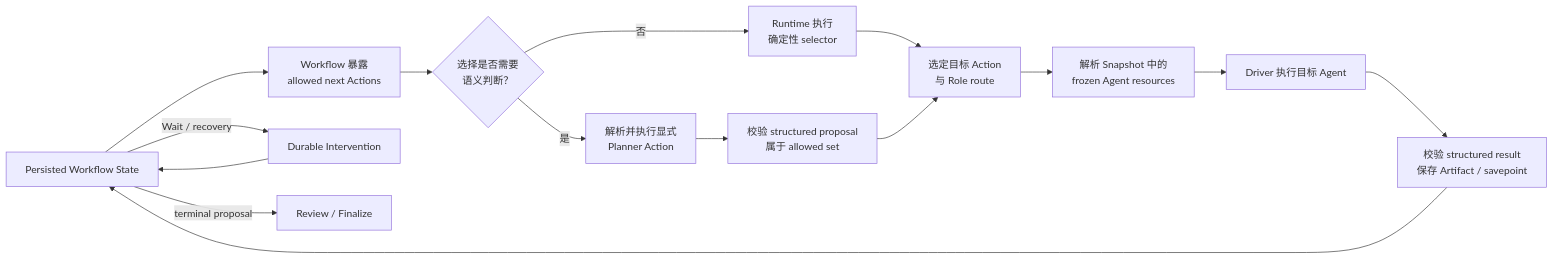
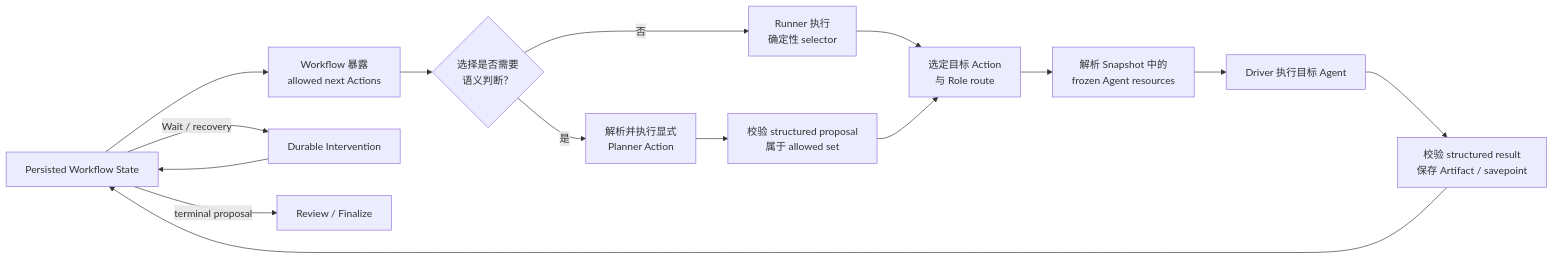
One commit to firestige/workflow-self-recursive changed the second of 2 diagrams in docs/workflow-composition-model.md. Above: the diagram before and after it, drawn with Mermaid. The commit also changed other lines of this file and 28 other files, not shown here.

````diff
--- a/docs/workflow-composition-model.md
+++ b/docs/workflow-composition-model.md
@@ -154,17 +154,17 @@
 ```mermaid
 flowchart LR
     State["Persisted Workflow State"] --> Allowed["Workflow 暴露<br/>allowed next Actions"]
     Allowed --> Kind{"选择是否需要<br/>语义判断？"}
-    Kind -->|"否"| Deterministic["Runtime 执行<br/>确定性 selector"]
+    Kind -->|"否"| Deterministic["Runner 执行<br/>确定性 selector"]
     Kind -->|"是"| PlannerAction["解析并执行显式<br/>Planner Action"]
     PlannerAction --> Proposal["校验 structured proposal<br/>属于 allowed set"]
     Deterministic --> Target["选定目标 Action<br/>与 Role route"]
     Proposal --> Target
     Target --> Resolve["解析 Snapshot 中的<br/>frozen Agent resources"]
     Resolve --> Execute["Driver 执行目标 Agent"]
     Execute --> Validate["校验 structured result<br/>保存 Artifact / savepoint"]
     Validate --> State
     State -->|"Wait / recovery"| Intervention["Durable Intervention"]
     Intervention --> State
     State -->|"terminal proposal"| Finalize["Review / Finalize"]
 ```
````
